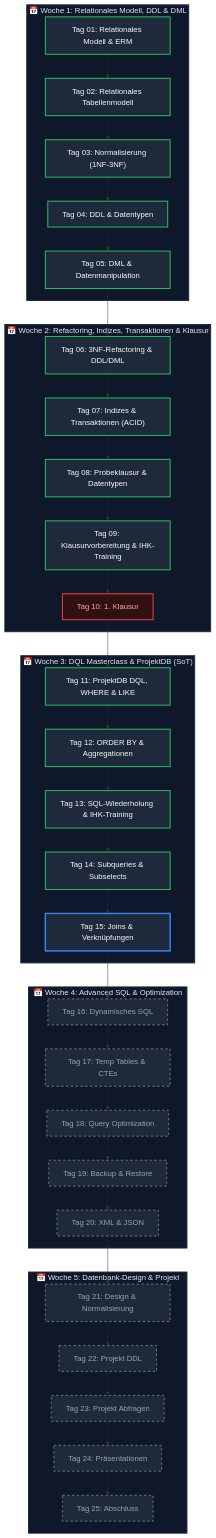
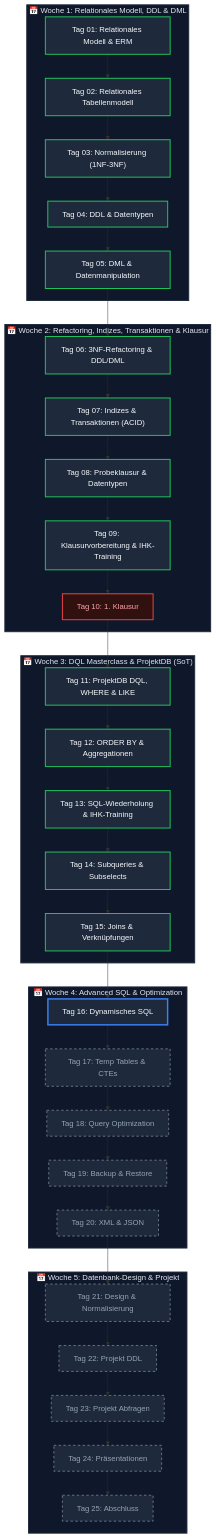
The first of 2 diagrams in README.md (T-Boyke/SQL-Fundamentals), drawn with Mermaid before and after one commit. The commit also changed other lines of this file and 2 other files, not shown here.

Commit message:
feat(day15): add joins module with theory, multi-table joins and practice exercises

````diff
--- a/README.md
+++ b/README.md
@@ -20,60 +20,60 @@
 ```mermaid
 flowchart TD
     subgraph W1["📅 Woche 1: Relationales Modell, DDL & DML"]
         D01["Tag 01: Relationales Modell & ERM"] --> D02["Tag 02: Relationales Tabellenmodell"]
         D02 --> D03["Tag 03: Normalisierung (1NF-3NF)"]
         D03 --> D04["Tag 04: DDL & Datentypen"]
         D04 --> D05["Tag 05: DML & Datenmanipulation"]
     end
 
     subgraph W2["📅 Woche 2: Refactoring, Indizes, Transaktionen & Klausur"]
         D06["Tag 06: 3NF-Refactoring & DDL/DML"] --> D07["Tag 07: Indizes & Transaktionen (ACID)"]
         D07 --> D08["Tag 08: Probeklausur & Datentypen"]
         D08 --> D09["Tag 09: Klausurvorbereitung & IHK-Training"]
         D09 --> D10["Tag 10: 1. Klausur"]
     end
 
     subgraph W3["📅 Woche 3: DQL Masterclass & ProjektDB (SoT)"]
         D11["Tag 11: ProjektDB DQL, WHERE & LIKE"] --> D12["Tag 12: ORDER BY & Aggregationen"]
         D12 --> D13["Tag 13: SQL-Wiederholung & IHK-Training"]
         D13 --> D14["Tag 14: Subqueries & Subselects"]
         D14 --> D15["Tag 15: Joins & Verknüpfungen"]
     end
 
     subgraph W4["📅 Woche 4: Advanced SQL & Optimization"]
         D16["Tag 16: Dynamisches SQL"] --> D17["Tag 17: Temp Tables & CTEs"]
         D18["Tag 18: Query Optimization"] --> D19["Tag 19: Backup & Restore"]
         D17 --> D18
         D19 --> D20["Tag 20: XML & JSON"]
     end
 
     subgraph W5["📅 Woche 5: Datenbank-Design & Projekt"]
         D21["Tag 21: Design & Normalisierung"] --> D22["Tag 22: Projekt DDL"]
         D22 --> D23["Tag 23: Projekt Abfragen"]
         D23 --> D24["Tag 24: Präsentationen"]
         D24 --> D25["Tag 25: Abschluss"]
     end
 
     D05 --> D06
     D10 --> D11
     D15 --> D16
     D20 --> D21
 
     %% Style classes
     classDef completed fill:#1e293b,stroke:#22c55e,stroke-width:2px,color:#f8fafc;
     classDef current fill:#1e293b,stroke:#3b82f6,stroke-width:3px,color:#f8fafc;
     classDef pending fill:#1e293b,stroke:#64748b,stroke-width:2px,stroke-dasharray: 5 5,color:#94a3b8;
     classDef exam fill:#311010,stroke:#ef4444,stroke-width:2px,color:#fca5a5;
 
-    class D01,D02,D03,D04,D05,D06,D07,D08,D09,D11,D12,D13,D14 completed;
-    class D15 current;
-    class D16,D17,D18,D19,D20,D21,D22,D23,D24,D25 pending;
+    class D01,D02,D03,D04,D05,D06,D07,D08,D09,D11,D12,D13,D14,D15 completed;
+    class D16 current;
+    class D17,D18,D19,D20,D21,D22,D23,D24,D25 pending;
     class D10 exam;
 
     %% Subgraph Styles
     style W1 fill:#0f172a,stroke:#1e293b,stroke-width:2px,color:#e2e8f0
     style W2 fill:#0f172a,stroke:#1e293b,stroke-width:2px,color:#e2e8f0
     style W3 fill:#0f172a,stroke:#1e293b,stroke-width:2px,color:#e2e8f0
     style W4 fill:#0f172a,stroke:#1e293b,stroke-width:2px,color:#e2e8f0
     style W5 fill:#0f172a,stroke:#1e293b,stroke-width:2px,color:#e2e8f0
 ```
````
